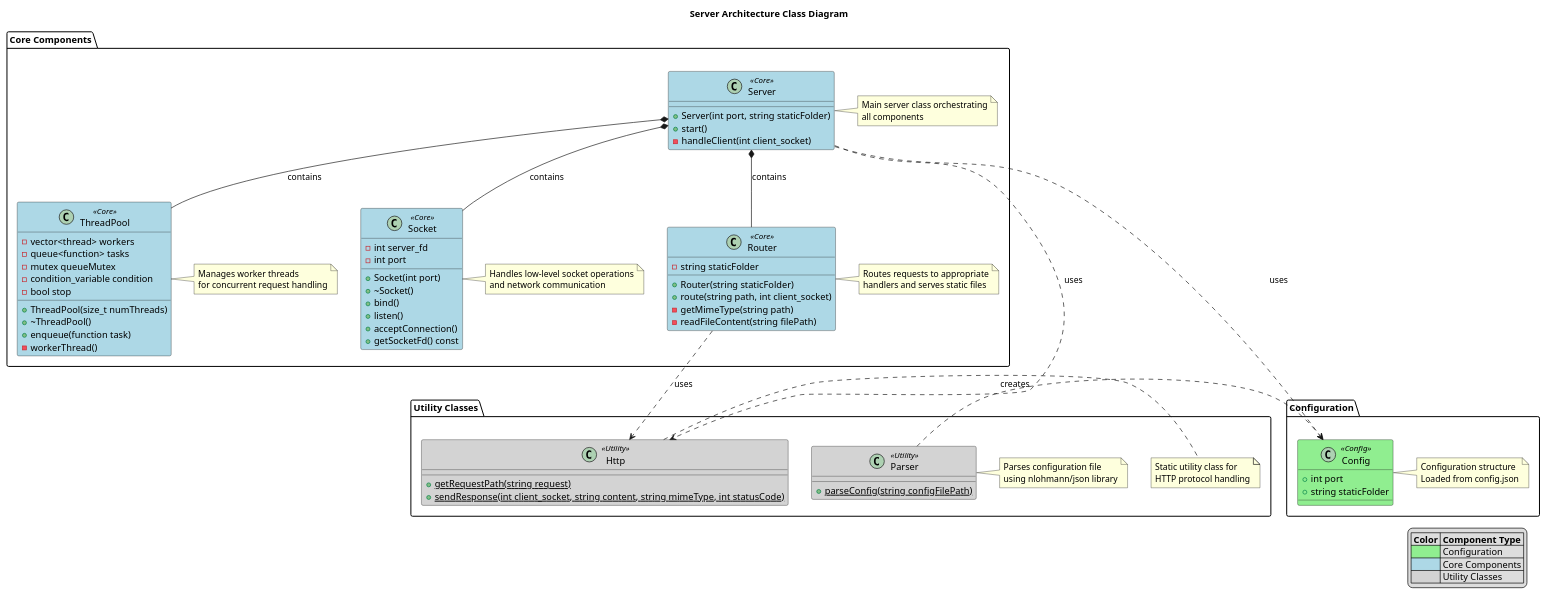
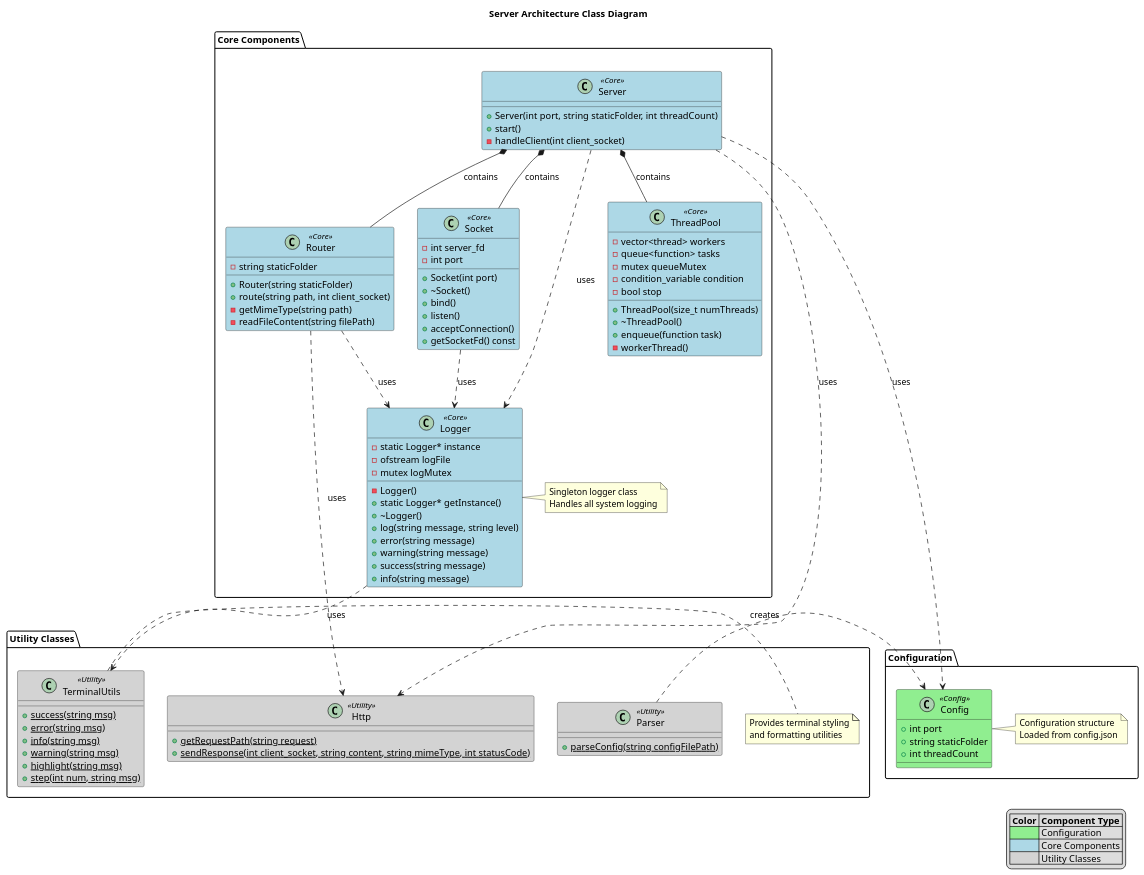
One commit to Pp3ng/PGS changed the diagram in diagram/class.puml. Above: the diagram before and after it, drawn with PlantUML. The commit also changed 6 other files, not shown here.

First line of the commit message:
Refactor configuration files and add terminal styling utilities

```diff
--- a/diagram/class.puml
+++ b/diagram/class.puml
@@ -1,116 +1,128 @@
-@startuml Server Architecture
+@startuml server-architecture
 
 skinparam class {
     BackgroundColor<<Config>> LightGreen
     BackgroundColor<<Core>> LightBlue
     BackgroundColor<<Utility>> LightGray
 }
 
 title Server Architecture Class Diagram
 
 package "Configuration" {
     class Config <<Config>> {
         + int port
         + string staticFolder
+        + int threadCount
     }
     note right of Config
         Configuration structure
         Loaded from config.json
     end note
 }
 
 package "Core Components" {
     class ThreadPool <<Core>> {
         - vector<thread> workers
         - queue<function> tasks
         - mutex queueMutex
         - condition_variable condition
         - bool stop
         + ThreadPool(size_t numThreads)
         + ~ThreadPool()
         + enqueue(function task)
         - workerThread()
     }
-    note right of ThreadPool
-        Manages worker threads
-        for concurrent request handling
-    end note
 
     class Socket <<Core>> {
         - int server_fd
         - int port
         + Socket(int port)
         + ~Socket()
         + bind()
         + listen()
         + acceptConnection()
         + getSocketFd() const
     }
-    note right of Socket
-        Handles low-level socket operations
-        and network communication
-    end note
 
     class Router <<Core>> {
         - string staticFolder
         + Router(string staticFolder)
         + route(string path, int client_socket)
         - getMimeType(string path)
         - readFileContent(string filePath)
     }
-    note right of Router
-        Routes requests to appropriate
-        handlers and serves static files
-    end note
 
     class Server <<Core>> {
-        + Server(int port, string staticFolder)
+        + Server(int port, string staticFolder, int threadCount)
         + start()
         - handleClient(int client_socket)
     }
-    note right of Server
-        Main server class orchestrating
-        all components
+
+    class Logger <<Core>> {
+        - static Logger* instance
+        - ofstream logFile
+        - mutex logMutex
+        - Logger()
+        + static Logger* getInstance()
+        + ~Logger()
+        + log(string message, string level)
+        + error(string message)
+        + warning(string message)
+        + success(string message)
+        + info(string message)
+    }
+    note right of Logger
+        Singleton logger class
+        Handles all system logging
     end note
 }
 
 package "Utility Classes" {
     class Http <<Utility>> {
         + {static} getRequestPath(string request)
         + {static} sendResponse(int client_socket, string content, string mimeType, int statusCode)
     }
-    note right of Http
-        Static utility class for
-        HTTP protocol handling
-    end note
 
     class Parser <<Utility>> {
         + {static} parseConfig(string configFilePath)
     }
-    note right of Parser
-        Parses configuration file
-        using nlohmann/json library
+
+    class TerminalUtils <<Utility>> {
+        + {static} success(string msg)
+        + {static} error(string msg)
+        + {static} info(string msg)
+        + {static} warning(string msg)
+        + {static} highlight(string msg)
+        + {static} step(int num, string msg)
+    }
+    note right of TerminalUtils
+        Provides terminal styling
+        and formatting utilities
     end note
 }
 
 ' Relationships
 Server *-- Socket : contains
 Server *-- Router : contains
 Server *-- ThreadPool : contains
 Server ..> Http : uses
 Parser ..> Config : creates
 Server ..> Config : uses
 Router ..> Http : uses
+Logger ..> TerminalUtils : uses
+Server ..> Logger : uses
+Socket ..> Logger : uses
+Router ..> Logger : uses
 
 ' Layout hints
 Config -[hidden]> Http
 Http -[hidden]> Parser
 
 legend right
     |= Color |= Component Type |
     |<#LightGreen>| Configuration |
     |<#LightBlue>| Core Components |
     |<#LightGray>| Utility Classes |
 endlegend
 
 @enduml
```
